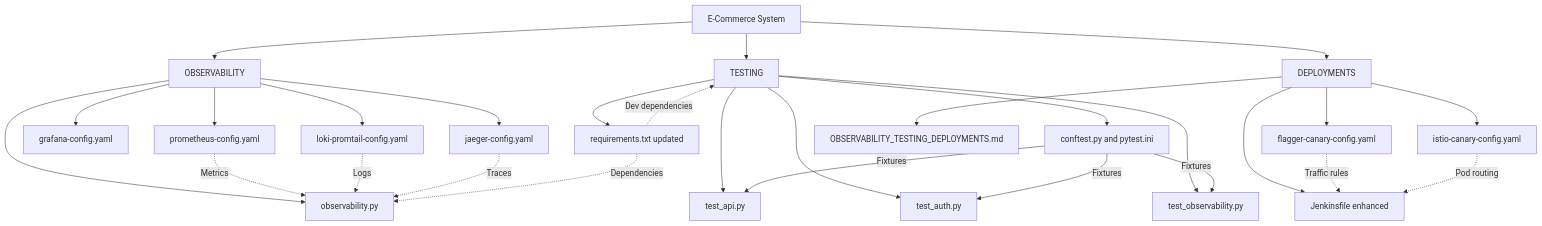
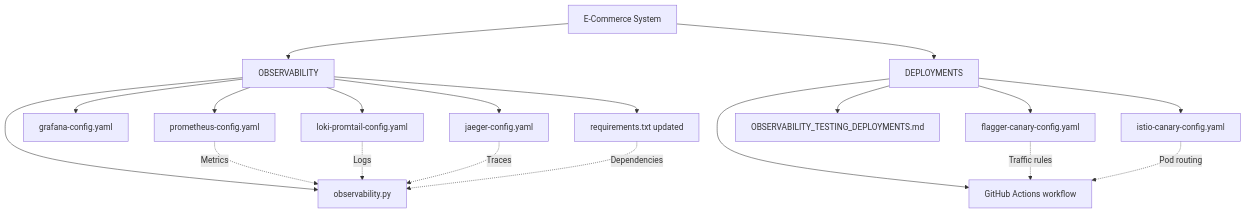
One commit to Narendra-Geddam/ecommerce-website changed the diagram in docs/diagrams/src/05-new-components-capabilities.mmd. Above: the diagram before and after it, drawn with Mermaid. The commit also changed 27 other files, not shown here.

```diff
--- a/docs/diagrams/src/05-new-components-capabilities.mmd
+++ b/docs/diagrams/src/05-new-components-capabilities.mmd
@@ -1,29 +1,20 @@
 graph TD
     ROOT[E-Commerce System]
     ROOT --> OBSERV[OBSERVABILITY]
-    ROOT --> TEST[TESTING]
     ROOT --> DEPLOY[DEPLOYMENTS]
     OBSERV --> PROM[prometheus-config.yaml]
     OBSERV --> GRAF[grafana-config.yaml]
     OBSERV --> LOKI[loki-promtail-config.yaml]
     OBSERV --> JAE[jaeger-config.yaml]
     OBSERV --> INST[observability.py]
-    TEST --> CONF[conftest.py and pytest.ini]
-    TEST --> TAPI[test_api.py]
-    TEST --> TAUTH[test_auth.py]
-    TEST --> TOBS[test_observability.py]
-    TEST --> REQ[requirements.txt updated]
+    OBSERV --> REQ[requirements.txt updated]
     DEPLOY --> CAN[flagger-canary-config.yaml]
     DEPLOY --> IST[istio-canary-config.yaml]
-    DEPLOY --> JFIL[Jenkinsfile enhanced]
+    DEPLOY --> JFIL[GitHub Actions workflow]
     DEPLOY --> DOC[OBSERVABILITY_TESTING_DEPLOYMENTS.md]
     PROM -.->|Metrics| INST
     LOKI -.->|Logs| INST
     JAE -.->|Traces| INST
-    CONF -->|Fixtures| TAPI
-    CONF -->|Fixtures| TAUTH
-    CONF -->|Fixtures| TOBS
     REQ -.->|Dependencies| INST
-    REQ -.->|Dev dependencies| TEST
     CAN -.->|Traffic rules| JFIL
     IST -.->|Pod routing| JFIL
```
